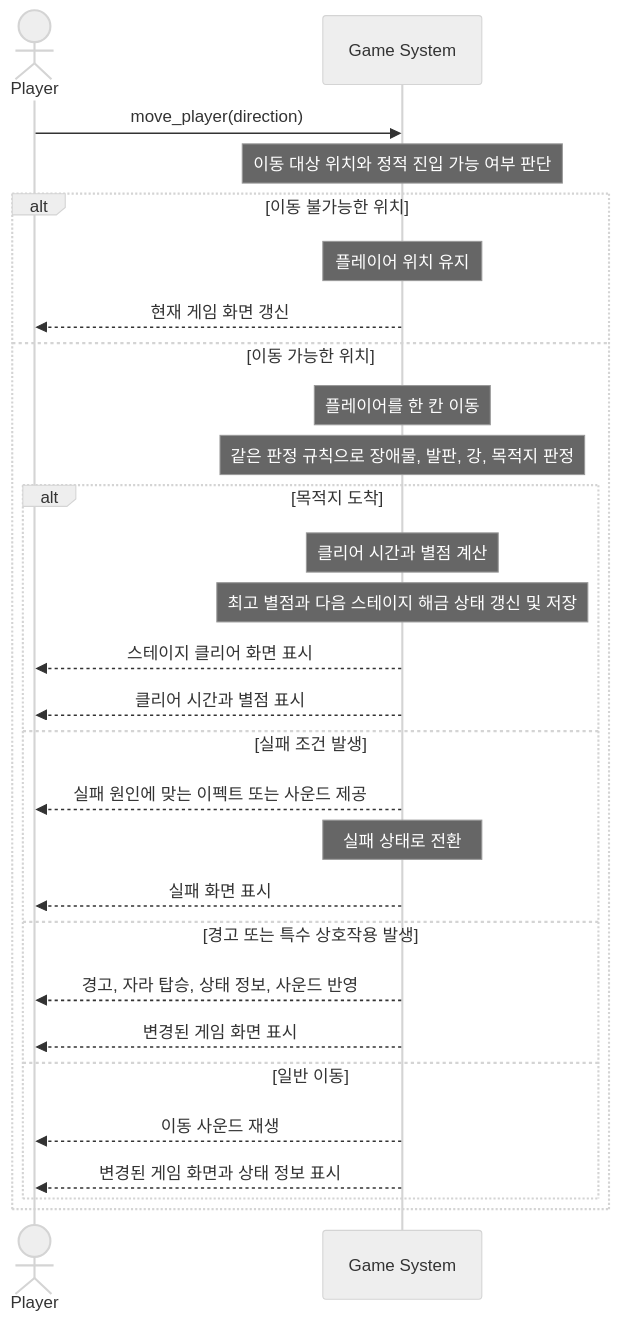
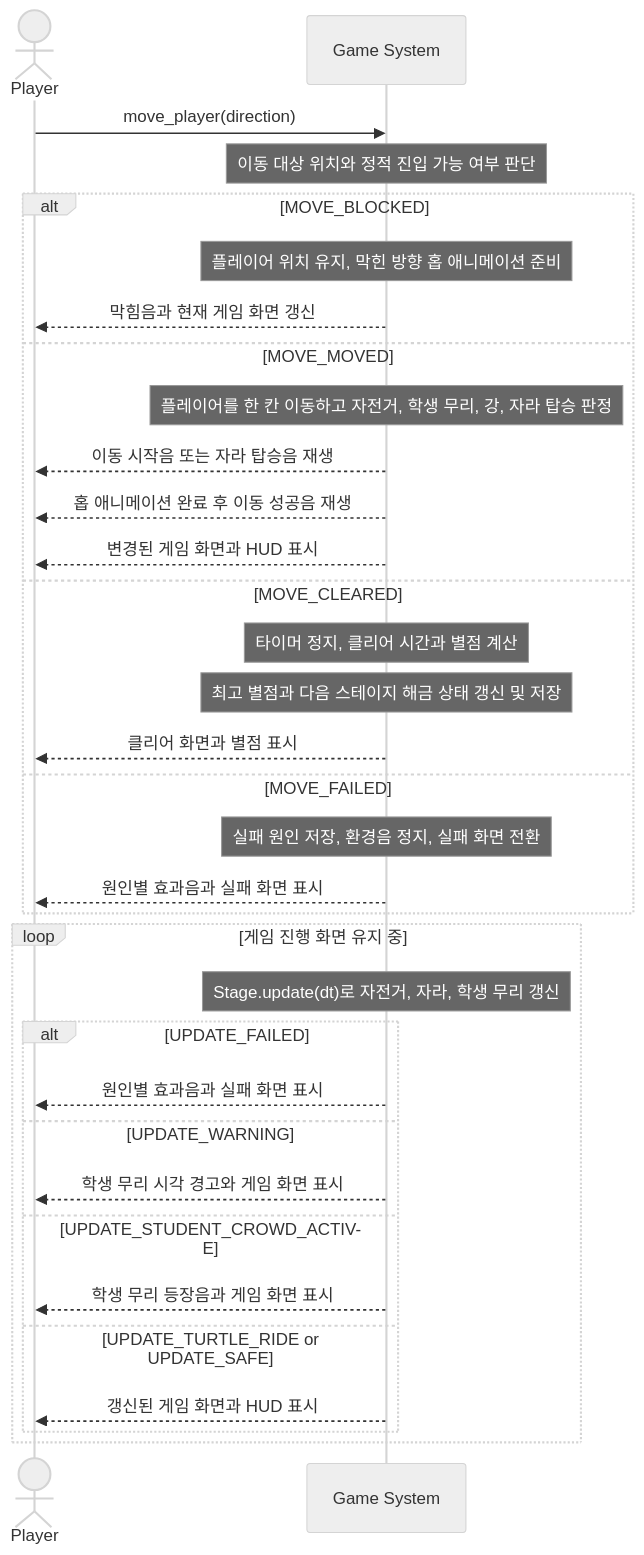
Before and after one commit to wisewo/kongoose: the fifth of 7 diagrams in doc/04_system_sequence_diagrams.md, drawn with Mermaid (neutral theme). The commit also changed other lines of this file and 33 other files, not shown here.

````diff
--- a/doc/04_system_sequence_diagrams.md
+++ b/doc/04_system_sequence_diagrams.md
@@ -99,33 +102,38 @@
 ```mermaid
 sequenceDiagram
     actor Player
     participant System as Game System
 
     Player->>System: move_player(direction)
     Note over System: 이동 대상 위치와 정적 진입 가능 여부 판단
 
-    alt 이동 불가능한 위치
-        Note over System: 플레이어 위치 유지
-        System-->>Player: 현재 게임 화면 갱신
-    else 이동 가능한 위치
-        Note over System: 플레이어를 한 칸 이동
-        Note over System: 같은 판정 규칙으로 장애물, 발판, 강, 목적지 판정
+    alt MOVE_BLOCKED
+        Note over System: 플레이어 위치 유지, 막힌 방향 홉 애니메이션 준비
+        System-->>Player: 막힘음과 현재 게임 화면 갱신
+    else MOVE_MOVED
+        Note over System: 플레이어를 한 칸 이동하고 자전거, 학생 무리, 강, 자라 탑승 판정
+        System-->>Player: 이동 시작음 또는 자라 탑승음 재생
+        System-->>Player: 홉 애니메이션 완료 후 이동 성공음 재생
+        System-->>Player: 변경된 게임 화면과 HUD 표시
+    else MOVE_CLEARED
+        Note over System: 타이머 정지, 클리어 시간과 별점 계산
+        Note over System: 최고 별점과 다음 스테이지 해금 상태 갱신 및 저장
+        System-->>Player: 클리어 화면과 별점 표시
+    else MOVE_FAILED
+        Note over System: 실패 원인 저장, 환경음 정지, 실패 화면 전환
+        System-->>Player: 원인별 효과음과 실패 화면 표시
+    end
 
-        alt 목적지 도착
-            Note over System: 클리어 시간과 별점 계산
-            Note over System: 최고 별점과 다음 스테이지 해금 상태 갱신 및 저장
-            System-->>Player: 스테이지 클리어 화면 표시
-            System-->>Player: 클리어 시간과 별점 표시
-        else 실패 조건 발생
-            System-->>Player: 실패 원인에 맞는 이펙트 또는 사운드 제공
-            Note over System: 실패 상태로 전환
-            System-->>Player: 실패 화면 표시
-        else 경고 또는 특수 상호작용 발생
-            System-->>Player: 경고, 자라 탑승, 상태 정보, 사운드 반영
-            System-->>Player: 변경된 게임 화면 표시
-        else 일반 이동
-            System-->>Player: 이동 사운드 재생
-            System-->>Player: 변경된 게임 화면과 상태 정보 표시
+    loop 게임 진행 화면 유지 중
+        Note over System: Stage.update(dt)로 자전거, 자라, 학생 무리 갱신
+        alt UPDATE_FAILED
+            System-->>Player: 원인별 효과음과 실패 화면 표시
+        else UPDATE_WARNING
+            System-->>Player: 학생 무리 시각 경고와 게임 화면 표시
+        else UPDATE_STUDENT_CROWD_ACTIVE
+            System-->>Player: 학생 무리 등장음과 게임 화면 표시
+        else UPDATE_TURTLE_RIDE or UPDATE_SAFE
+            System-->>Player: 갱신된 게임 화면과 HUD 표시
         end
     end
 ```
````
